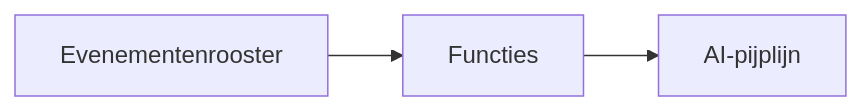
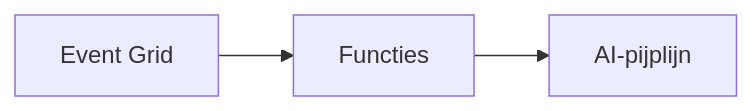
One commit to microsoft/AZD-for-beginners changed the second of 2 diagrams in translations/nl/docs/chapter-08-production/README.md. Above: the diagram before and after it, drawn with Mermaid. The commit also changed other lines of this file and 61 other files, not shown here.

````diff
--- a/translations/nl/docs/chapter-08-production/README.md
+++ b/translations/nl/docs/chapter-08-production/README.md
@@ -57,4 +57,4 @@
 ```mermaid
 graph LR
-    EventGrid[Evenementenrooster] --> Functions[Functies] --> Pipeline[AI-pijplijn]
+    EventGrid[Event Grid] --> Functions[Functies] --> Pipeline[AI-pijplijn]
 ```
````
